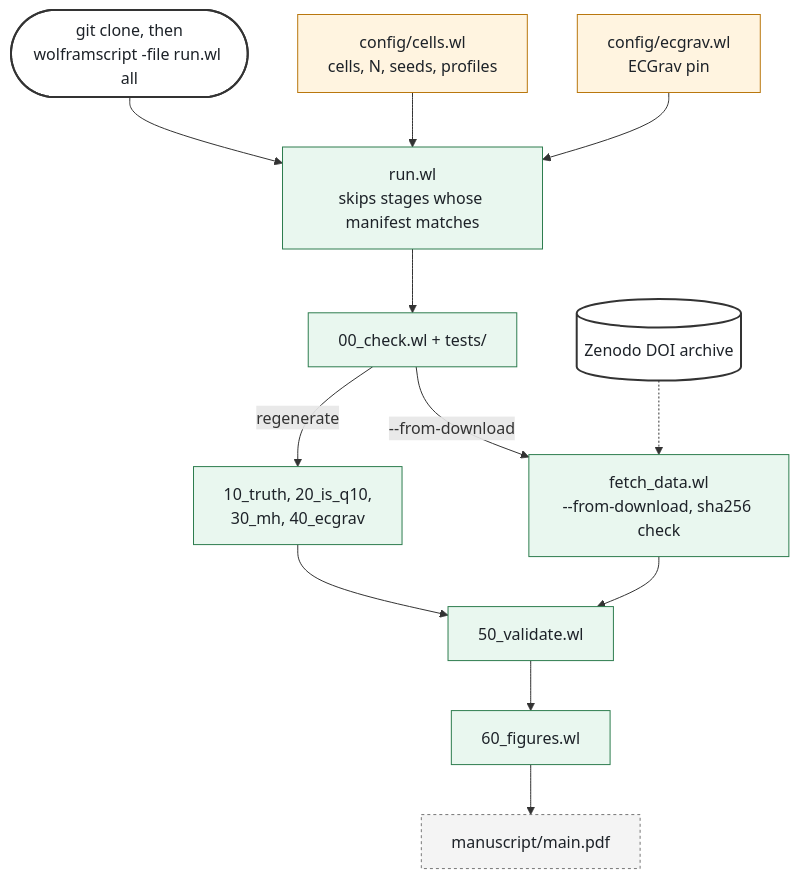
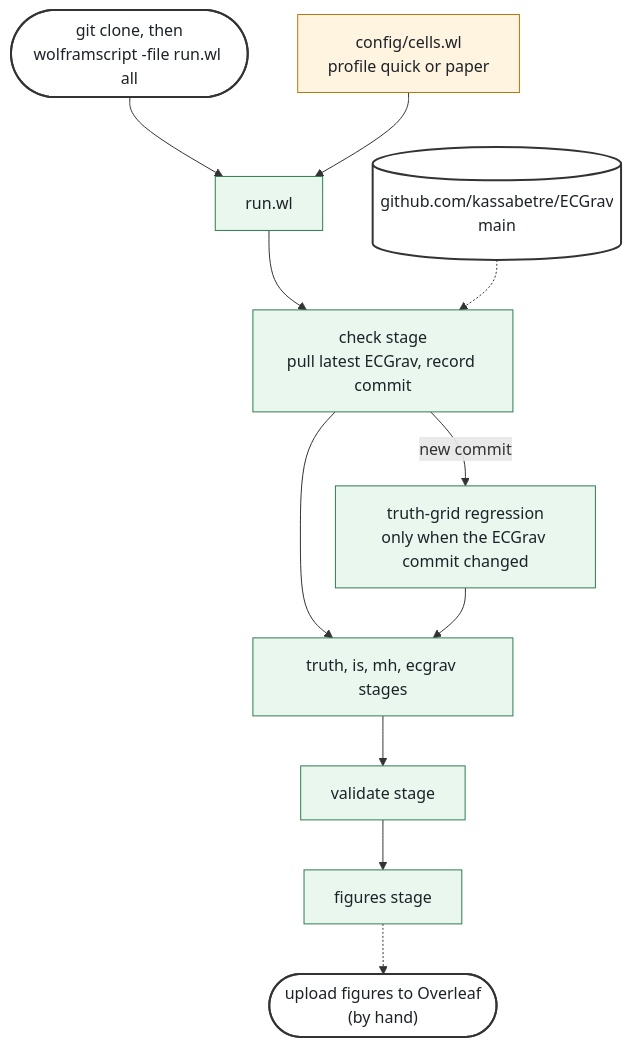
The first of 3 diagrams in docs/architecture/ideal.md (nraplee/CombResearch), drawn with Mermaid before and after one commit. The commit also changed other lines of this file and 4 other files, not shown here.

````diff
--- a/docs/architecture/ideal.md
+++ b/docs/architecture/ideal.md
@@ -48,27 +50,27 @@
 ```mermaid
 flowchart TB
   classDef ext fill:#ffffff,stroke:#333,stroke-width:2px,color:#1d2228
   classDef cfg fill:#fff4e0,stroke:#b9770e,color:#1d2228
   classDef stage fill:#e9f7ef,stroke:#2e7d4f,color:#1d2228
   classDef data fill:#f4f4f4,stroke:#777,stroke-dasharray:3 3,color:#1d2228
 
   USER(["git clone, then<br/>wolframscript -file run.wl all"]):::ext
-  CELLS["config/cells.wl<br/>cells, N, seeds, profiles"]:::cfg
-  PIN["config/ecgrav.wl<br/>ECGrav pin"]:::cfg
-  RUN["run.wl<br/>skips stages whose manifest matches"]:::stage
-  FETCH["fetch_data.wl<br/>--from-download, sha256 check"]:::stage
-  ZEN[("Zenodo DOI archive")]:::ext
-  S0["00_check.wl + tests/"]:::stage
-  S14["10_truth, 20_is_q10,<br/>30_mh, 40_ecgrav"]:::stage
-  S5["50_validate.wl"]:::stage
-  S6["60_figures.wl"]:::stage
-  PDF["manuscript/main.pdf"]:::data
+  UP[("github.com/kassabetre/ECGrav<br/>main")]:::ext
+  CFG["config/cells.wl<br/>profile quick or paper"]:::cfg
+  RUN["run.wl"]:::stage
+  CHK["check stage<br/>pull latest ECGrav, record commit"]:::stage
+  REG["truth-grid regression<br/>only when the ECGrav commit changed"]:::stage
+  S14["truth, is, mh, ecgrav stages"]:::stage
+  S5["validate stage"]:::stage
+  S6["figures stage"]:::stage
+  OVL(["upload figures to Overleaf<br/>(by hand)"]):::ext
 
   USER --> RUN
-  CELLS & PIN --> RUN
-  RUN --> S0
-  S0 -- "regenerate" --> S14
-  S0 -- "--from-download" --> FETCH
-  ZEN -.-> FETCH
-  S14 & FETCH --> S5 --> S6 --> PDF
+  CFG --> RUN
+  RUN --> CHK
+  UP -.-> CHK
+  CHK -- "new commit" --> REG
+  CHK --> S14
+  REG --> S14
+  S14 --> S5 --> S6 -.-> OVL
 ```
````
